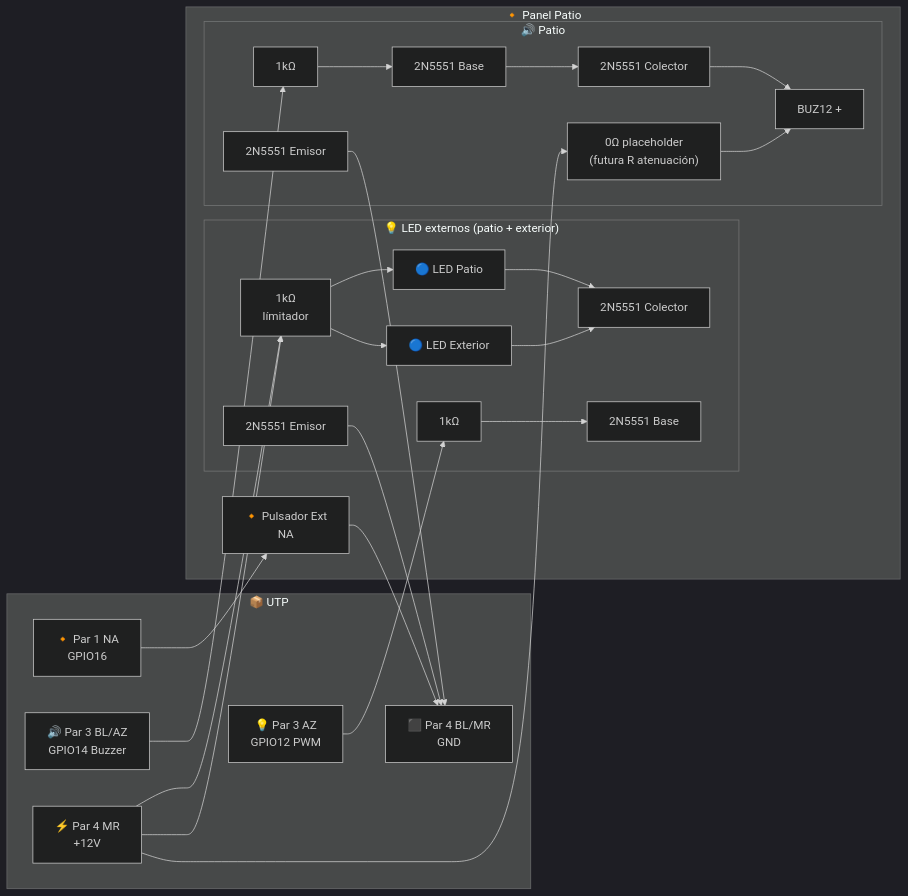
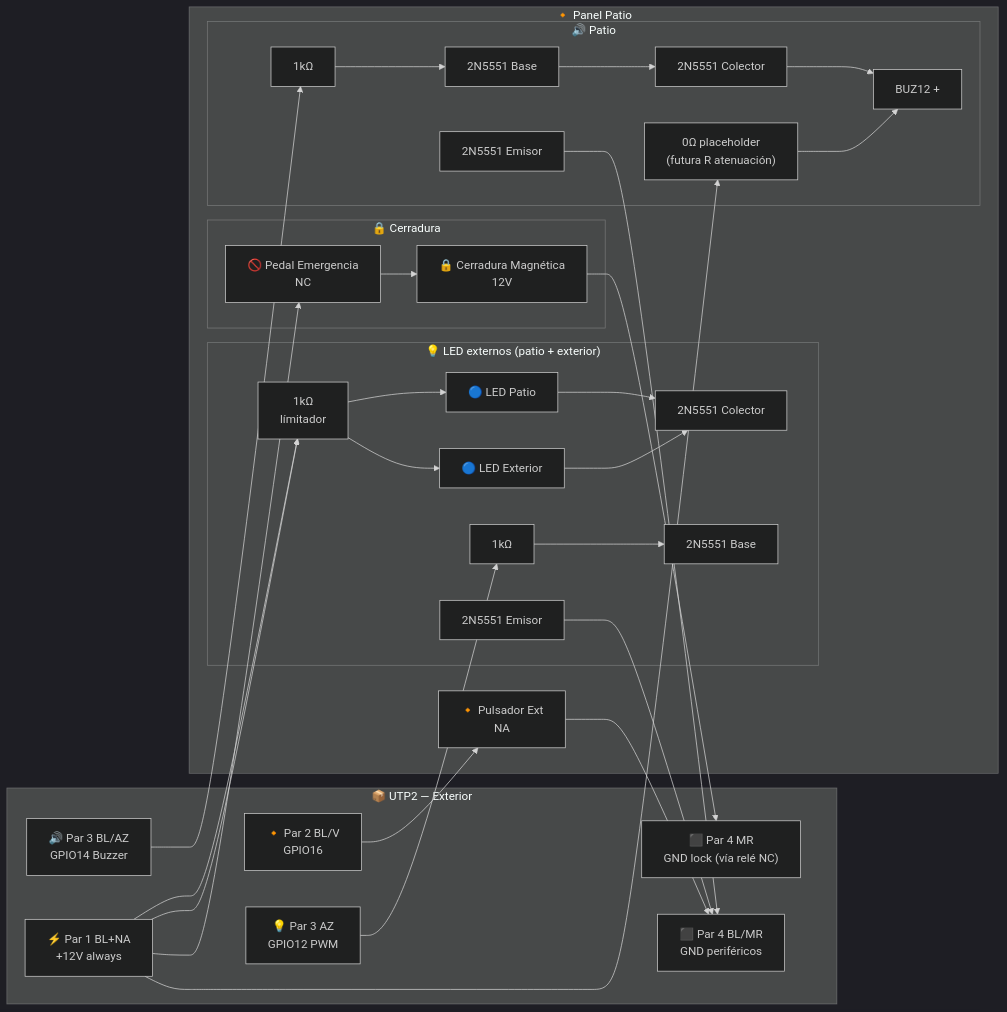
Before and after one commit to abelbour/Abrepuertas: the fifth of 11 diagrams in README.md, drawn with Mermaid (dark theme). The commit also changed other lines of this file, not shown here.

Commit message:
Doc: dos UTPs (interior + exterior), low-side relay, distancias 8m, BOM actualizada

````diff
--- a/README.md
+++ b/README.md
@@ -499,31 +532,38 @@
 ```mermaid
 flowchart LR
-    subgraph UTP["📦 UTP"]
-        NA["🔸 Par 1 NA<br/>GPIO16"]
+    subgraph UTP2["📦 UTP2 — Exterior"]
+        NA["🔸 Par 2 BL/V<br/>GPIO16"]
         AZ["💡 Par 3 AZ<br/>GPIO12 PWM"]
         BLAZ["🔊 Par 3 BL/AZ<br/>GPIO14 Buzzer"]
-        P4MR["⚡ Par 4 MR<br/>+12V"]
-        GND["⬛ Par 4 BL/MR<br/>GND"]
+        P1_12V["⚡ Par 1 BL+NA<br/>+12V always"]
+        P4_GND_PERIF["⬛ Par 4 BL/MR<br/>GND periféricos"]
+        P4_GND_LOCK["⬛ Par 4 MR<br/>GND lock (vía relé NC)"]
     end
 
     subgraph Panel["🔸 Panel Patio"]
         NA --> Puls["🔸 Pulsador Ext<br/>NA"]
-        Puls --> GND
+        Puls --> P4_GND_PERIF
 
         subgraph LedExt["💡 LED externos (patio + exterior)"]
             AZ --> RB[1kΩ] --> B[2N5551 Base]
-            P4MR --> RL["1kΩ<br/>límitador"] --> LED1["🔵 LED Patio"]
-            P4MR --> RL --> LED2["🔵 LED Exterior"]
+            P1_12V --> RL["1kΩ<br/>límitador"] --> LED1["🔵 LED Patio"]
+            P1_12V --> RL --> LED2["🔵 LED Exterior"]
             LED1 --> C[2N5551 Colector]
             LED2 --> C
-            E[2N5551 Emisor] --> GND
+            E[2N5551 Emisor] --> P4_GND_PERIF
+        end
+
+        subgraph LockCircuit["🔒 Cerradura"]
+            P1_12V --> Pedal["🚫 Pedal Emergencia<br/>NC"]
+            Pedal --> Lock["🔒 Cerradura Magnética<br/>12V"]
+            Lock --> P4_GND_LOCK
         end
 
         subgraph BuzzerPatio["🔊 Patio"]
             BLAZ --> RBZ[1kΩ] --> BB[2N5551 Base]
-            P4MR --> R0["0Ω placeholder<br/>(futura R atenuación)"] --> BZ12["BUZ12 +"]
+            P1_12V --> R0["0Ω placeholder<br/>(futura R atenuación)"] --> BZ12["BUZ12 +"]
             BB --> CB[2N5551 Colector] --> BZ12
-            EB[2N5551 Emisor] --> GND
+            EB[2N5551 Emisor] --> P4_GND_PERIF
         end
     end
 ```
````
